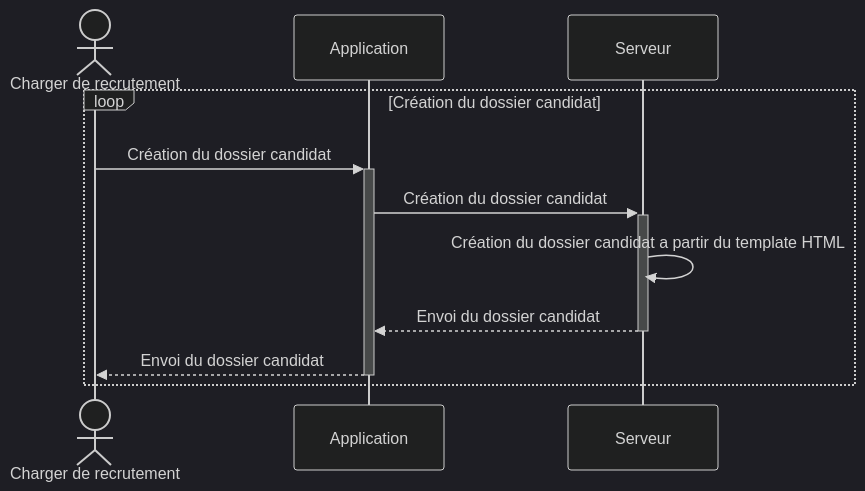
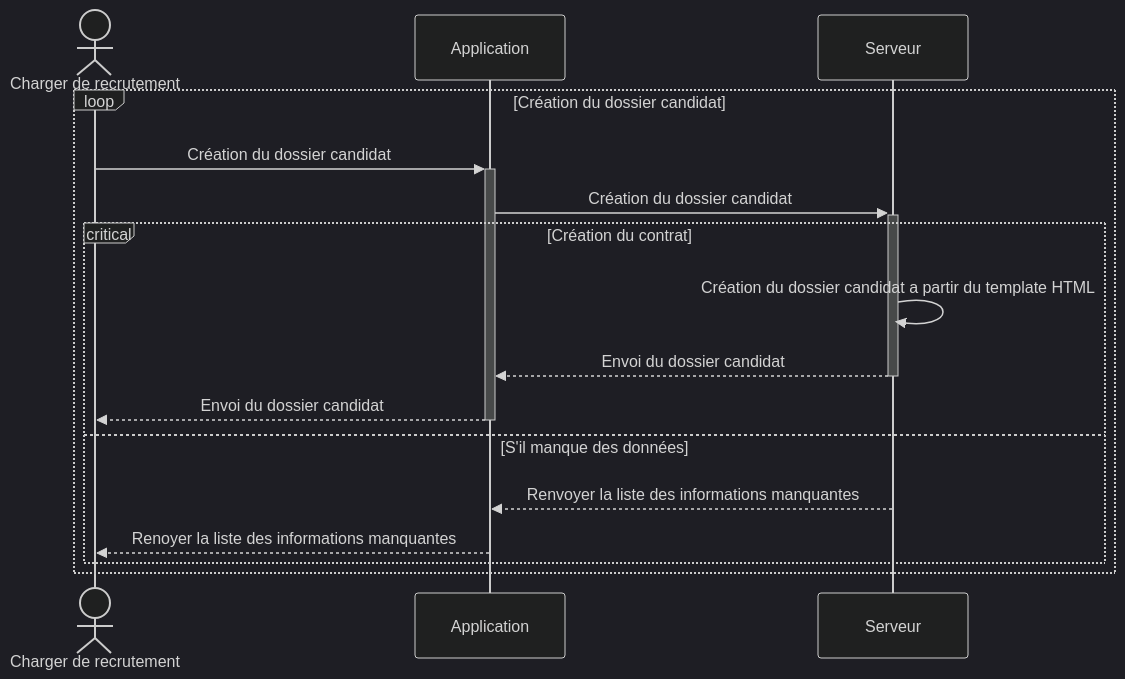
The second of 5 diagrams in README.md (QuentinVdr/CompoMetier), drawn with Mermaid (dark theme) before and after one commit. The commit also changed other lines of this file, not shown here.

Commit message:
✨ Update UML diagrams in README.md

````diff
--- a/README.md
+++ b/README.md
@@ -32,13 +32,18 @@
 ```mermaid
 sequenceDiagram
     actor CR as Charger de recrutement
     participant Front as Application
     participant Back as Serveur
     loop Création du dossier candidat
         CR->>+Front: Création du dossier candidat
         Front->>+Back: Création du dossier candidat
-        Back->>Back: Création du dossier candidat a partir du template HTML
-        Back-->>-Front: Envoi du dossier candidat
-        Front-->>-CR: Envoi du dossier candidat
+        critical Création du contrat
+            Back->>Back: Création du dossier candidat a partir du template HTML
+            Back-->>-Front: Envoi du dossier candidat
+            Front-->>-CR: Envoi du dossier candidat
+        Option S'il manque des données
+            Back-->>Front: Renvoyer la liste des informations manquantes
+            Front-->>CR: Renoyer la liste des informations manquantes
+        end
     end
 ```
````
